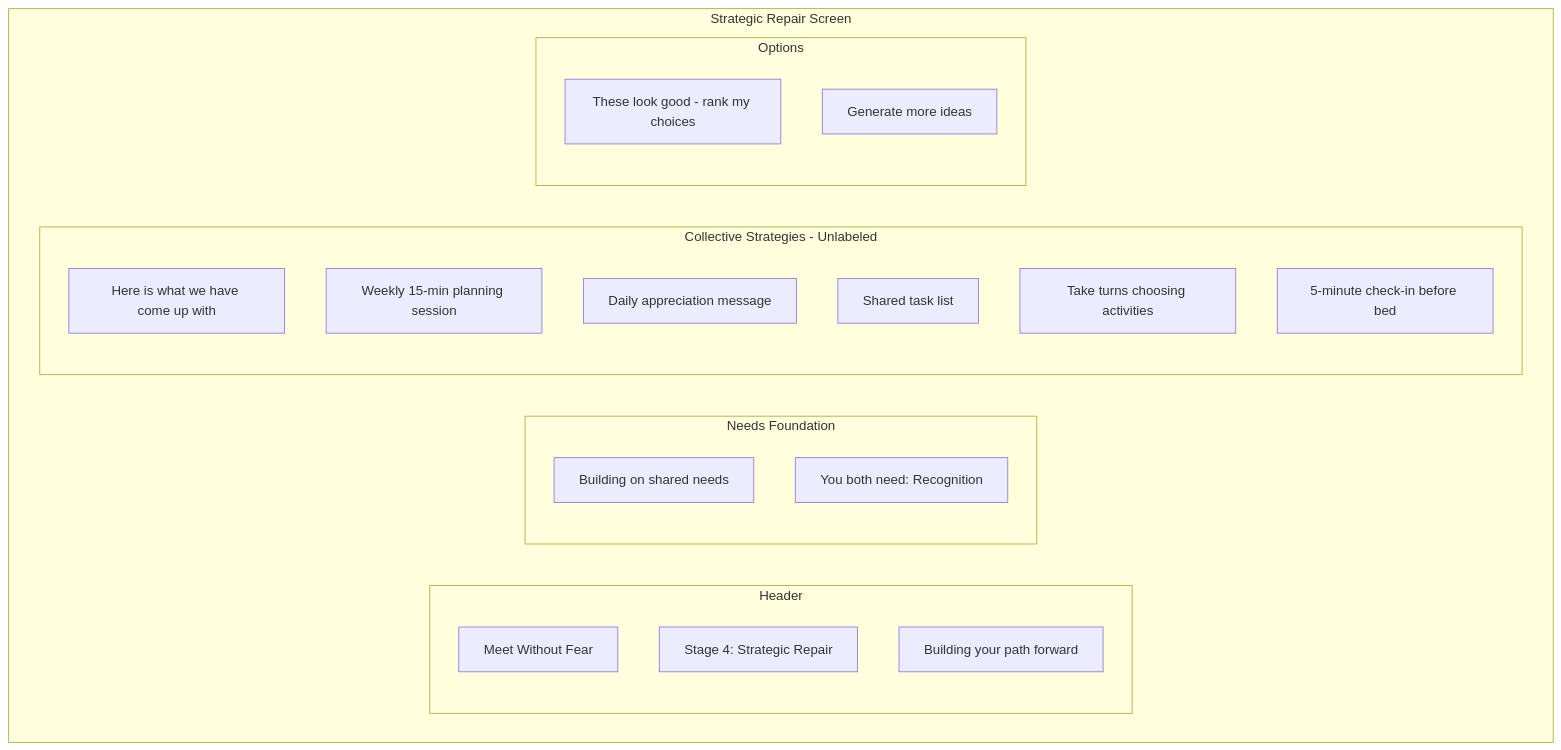
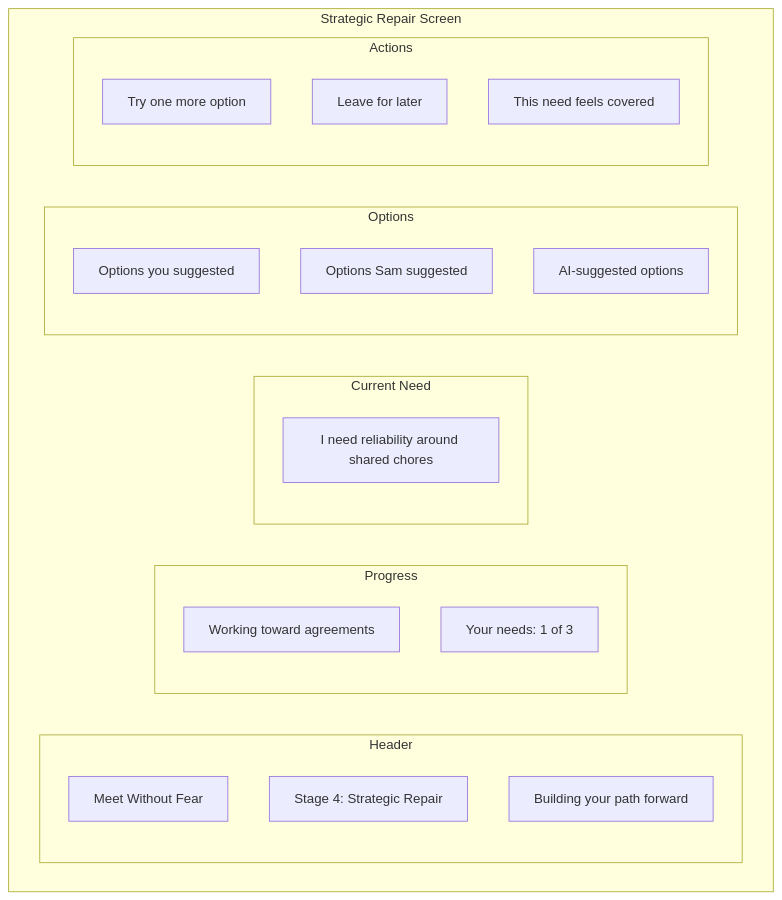
The third of 5 diagrams in docs/product/stages/stage-4-strategic-repair.md (shantamg/meet-without-fear), drawn with Mermaid before and after one commit. The commit also changed other lines of this file and 139 other files, not shown here.

First line of the commit message:
Stage 3/4 rework and full Tending flow (#640)

````diff
--- a/docs/product/stages/stage-4-strategic-repair.md
+++ b/docs/product/stages/stage-4-strategic-repair.md
@@ -145,29 +101,31 @@
 ```mermaid
 flowchart TB
     subgraph Screen[Strategic Repair Screen]
         subgraph Header[Header]
             Logo[Meet Without Fear]
             Stage[Stage 4: Strategic Repair]
             Status[Building your path forward]
         end
 
-        subgraph Foundation[Needs Foundation]
-            Title1[Building on shared needs]
-            SharedNeed[You both need: Recognition]
+        subgraph Progress[Progress]
+            Title1[Working toward agreements]
+            Position[Your needs: 1 of 3]
         end
 
-        subgraph Strategies[Collective Strategies - Unlabeled]
-            Title2[Here is what we have come up with]
-            Strat1[Weekly 15-min planning session]
-            Strat2[Daily appreciation message]
-            Strat3[Shared task list]
-            Strat4[Take turns choosing activities]
-            Strat5[5-minute check-in before bed]
+        subgraph Need[Current Need]
+            NeedText[I need reliability around shared chores]
         end
 
-        subgraph Actions[Options]
-            Happy[These look good - rank my choices]
-            More[Generate more ideas]
+        subgraph Options[Options]
+            Mine[Options you suggested]
+            Partner[Options Sam suggested]
+            AI[AI-suggested options]
+        end
+
+        subgraph Actions[Actions]
+            More[Try one more option]
+            Later[Leave for later]
+            Covered[This need feels covered]
         end
     end
 ```
````
